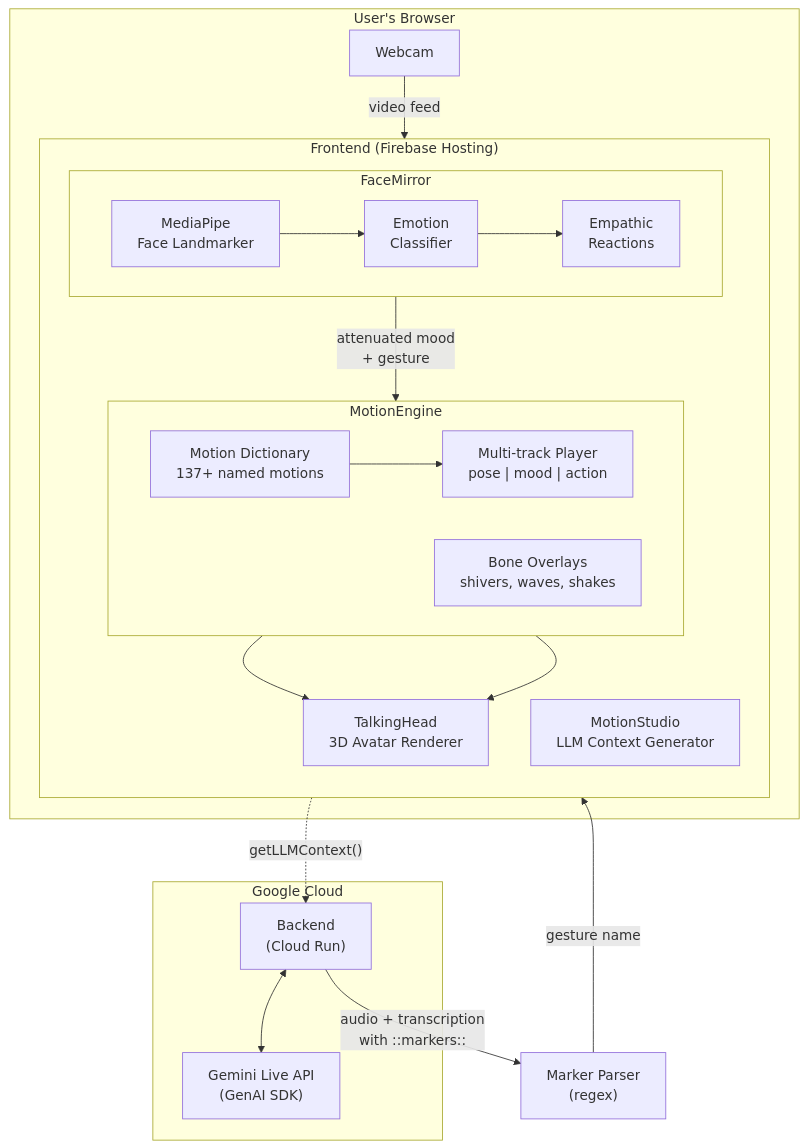
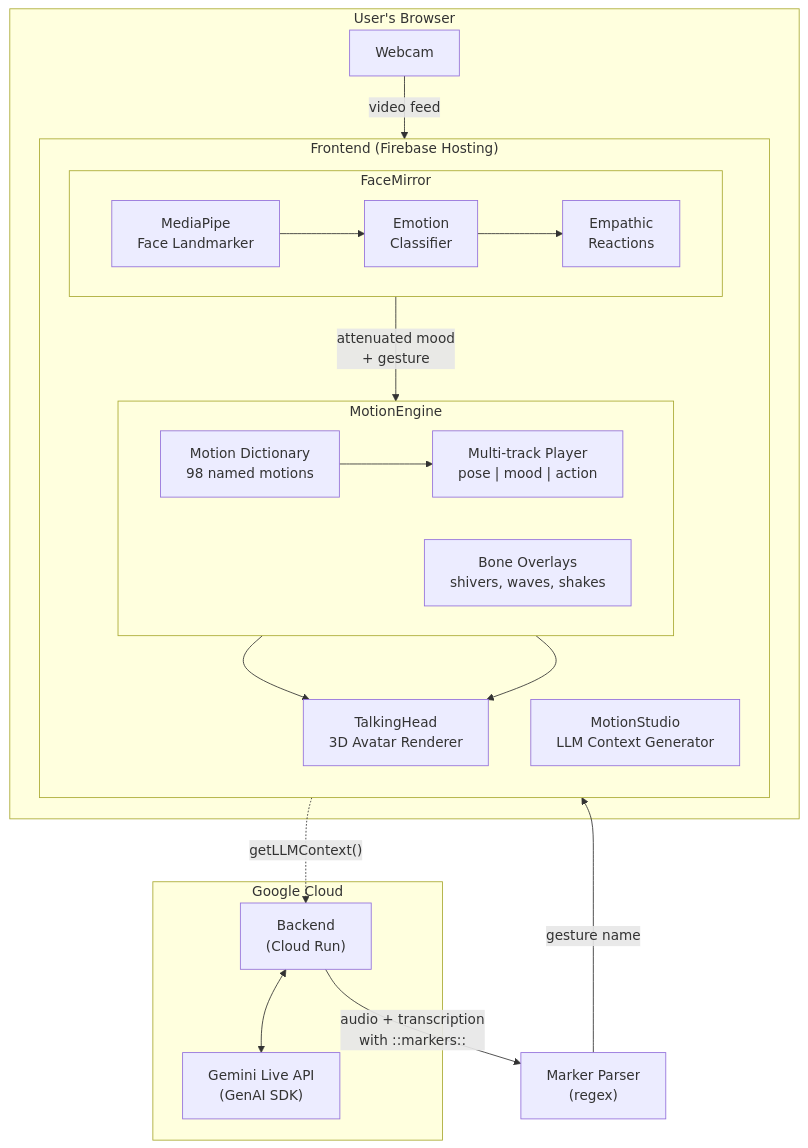
One commit to lhupyn/motion-engine changed the diagram in README.md. Above: the diagram before and after it, drawn with Mermaid. The commit also changed other lines of this file and 3 other files, not shown here.

````diff
--- a/README.md
+++ b/README.md
@@ -42,45 +42,45 @@
 ```mermaid
 graph TB
     subgraph Cloud["Google Cloud"]
         BE["Backend<br/>(Cloud Run)"]
         GEMINI["Gemini Live API<br/>(GenAI SDK)"]
         BE <--> GEMINI
     end
 
     subgraph Browser["User's Browser"]
         subgraph Frontend["Frontend (Firebase Hosting)"]
             direction TB
             TH["TalkingHead<br/>3D Avatar Renderer"]
 
             subgraph ME["MotionEngine"]
                 direction LR
                 TRACKS["Multi-track Player<br/>pose | mood | action"]
-                MOTIONS["Motion Dictionary<br/>137+ named motions"]
+                MOTIONS["Motion Dictionary<br/>98 named motions"]
                 OVERLAYS["Bone Overlays<br/>shivers, waves, shakes"]
             end
 
             subgraph FM["FaceMirror"]
                 direction LR
                 MP["MediaPipe<br/>Face Landmarker"]
                 CLASSIFY["Emotion<br/>Classifier"]
                 REACT["Empathic<br/>Reactions"]
                 MP --> CLASSIFY --> REACT
             end
 
             STUDIO["MotionStudio<br/>LLM Context Generator"]
         end
 
         WEBCAM["Webcam"]
     end
 
     BE -->|"audio + transcription<br/>with ::markers::"| PARSE
     PARSE["Marker Parser<br/>(regex)"] -->|"gesture name"| TRACKS
     TRACKS --> TH
     MOTIONS --> TRACKS
     OVERLAYS --> TH
 
     WEBCAM -->|"video feed"| MP
     REACT -->|"attenuated mood<br/>+ gesture"| TRACKS
 
     STUDIO -.->|"getLLMContext()"| BE
 ```
````
